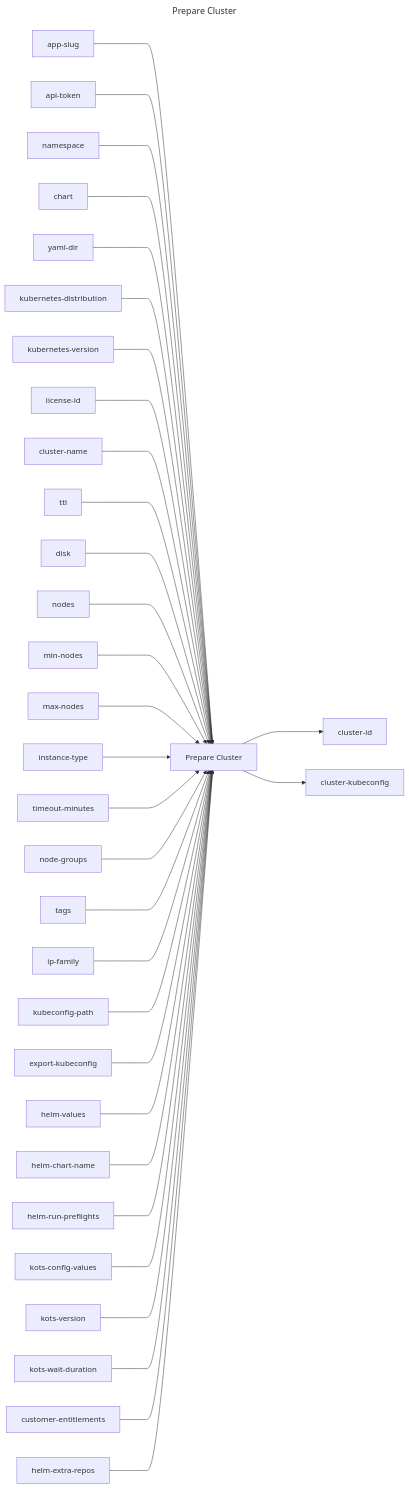
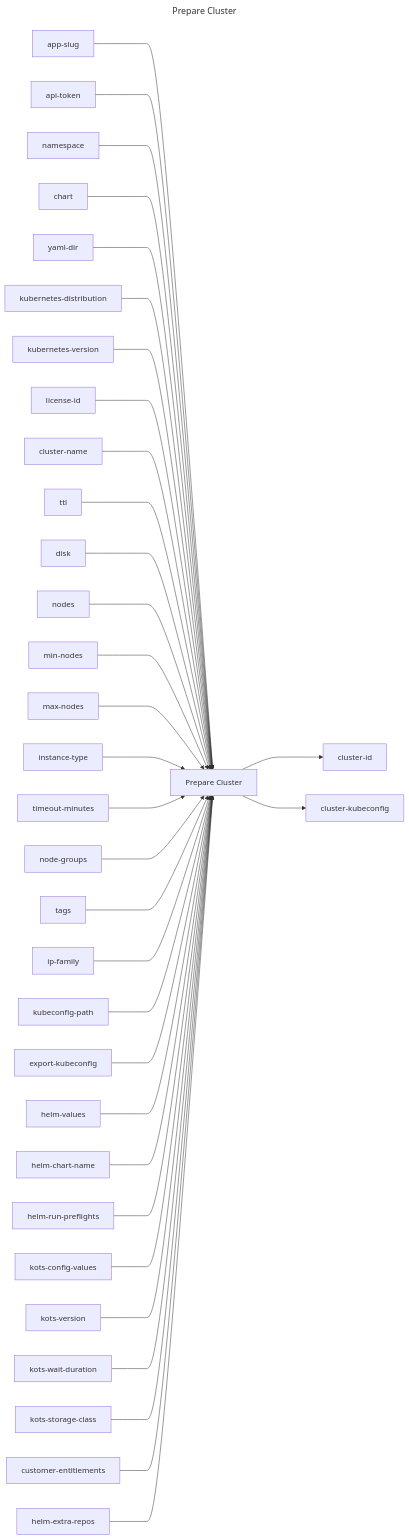
One commit to replicatedhq/replicated-actions changed the diagram in prepare-cluster/README.md. Above: the diagram before and after it, drawn with Mermaid. The commit also changed other lines of this file and 9 other files, not shown here.

````diff
--- a/prepare-cluster/README.md
+++ b/prepare-cluster/README.md
@@ -3,69 +3,71 @@
 ```mermaid
 ---
 title: Prepare Cluster
 ---
 graph LR
 prepare_cluster["Prepare Cluster"]
 app_slug["app-slug"]
 api_token["api-token"]
 namespace["namespace"]
 chart["chart"]
 yaml_dir["yaml-dir"]
 kubernetes_distribution["kubernetes-distribution"]
 kubernetes_version["kubernetes-version"]
 license_id["license-id"]
 cluster_name["cluster-name"]
 ttl["ttl"]
 disk["disk"]
 nodes["nodes"]
 min_nodes["min-nodes"]
 max_nodes["max-nodes"]
 instance_type["instance-type"]
 timeout_minutes["timeout-minutes"]
 node_groups["node-groups"]
 tags["tags"]
 ip_family["ip-family"]
 kubeconfig_path["kubeconfig-path"]
 export_kubeconfig["export-kubeconfig"]
 helm_values["helm-values"]
 helm_chart_name["helm-chart-name"]
 helm_run_preflights["helm-run-preflights"]
 kots_config_values["kots-config-values"]
 kots_version["kots-version"]
 kots_wait_duration["kots-wait-duration"]
+kots_storage_class["kots-storage-class"]
 customer_entitlements["customer-entitlements"]
 helm_extra_repos["helm-extra-repos"]
 cluster_id["cluster-id"]
 cluster_kubeconfig["cluster-kubeconfig"]
 app_slug ---> prepare_cluster
 api_token ---> prepare_cluster
 namespace ---> prepare_cluster
 chart ---> prepare_cluster
 yaml_dir ---> prepare_cluster
 kubernetes_distribution ---> prepare_cluster
 kubernetes_version ---> prepare_cluster
 license_id ---> prepare_cluster
 cluster_name ---> prepare_cluster
 ttl ---> prepare_cluster
 disk ---> prepare_cluster
 nodes ---> prepare_cluster
 min_nodes ---> prepare_cluster
 max_nodes ---> prepare_cluster
 instance_type ---> prepare_cluster
 timeout_minutes ---> prepare_cluster
 node_groups ---> prepare_cluster
 tags ---> prepare_cluster
 ip_family ---> prepare_cluster
 kubeconfig_path ---> prepare_cluster
 export_kubeconfig ---> prepare_cluster
 helm_values ---> prepare_cluster
 helm_chart_name ---> prepare_cluster
 helm_run_preflights ---> prepare_cluster
 kots_config_values ---> prepare_cluster
 kots_version ---> prepare_cluster
 kots_wait_duration ---> prepare_cluster
+kots_storage_class ---> prepare_cluster
 customer_entitlements ---> prepare_cluster
 helm_extra_repos ---> prepare_cluster
 prepare_cluster ---> cluster_id
 prepare_cluster ---> cluster_kubeconfig
 ```
````
